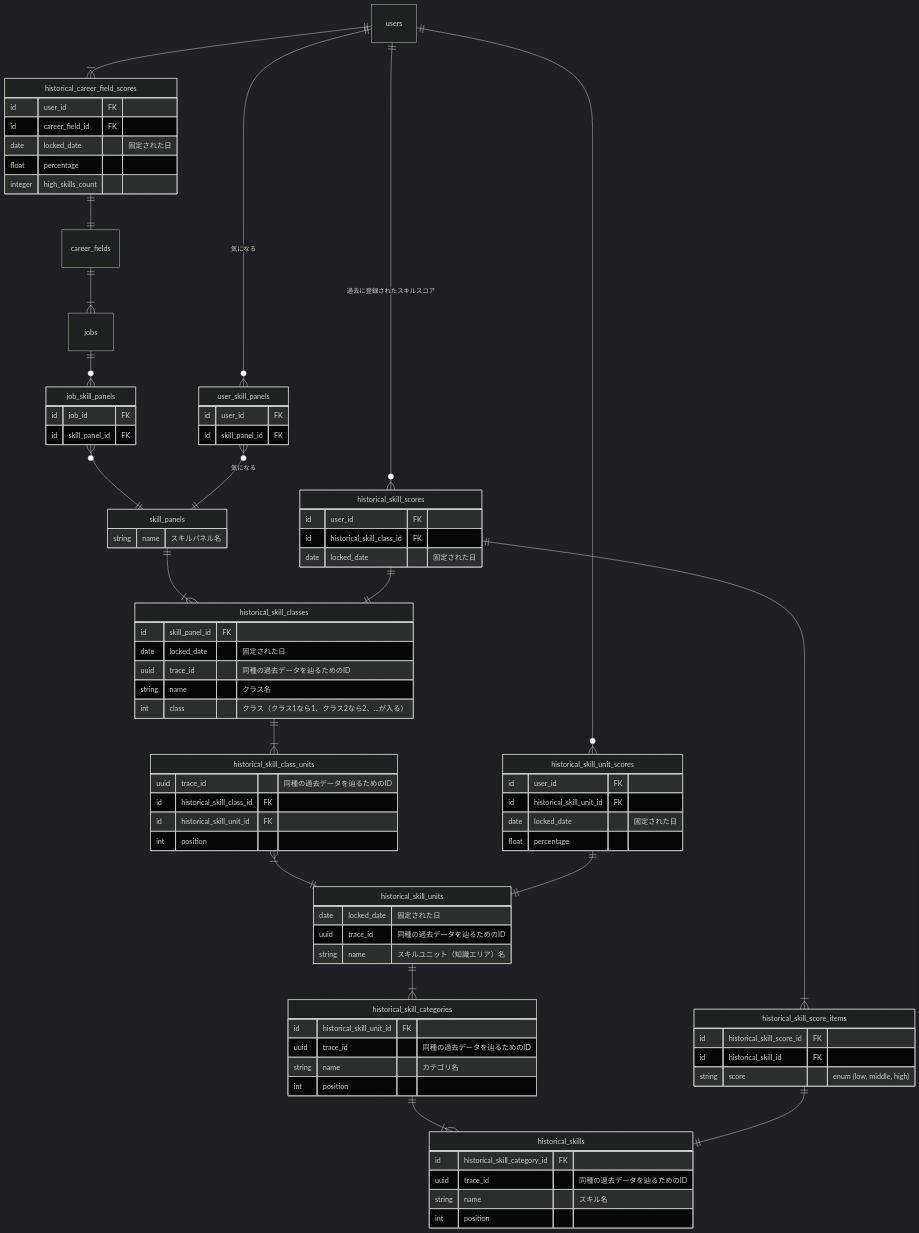
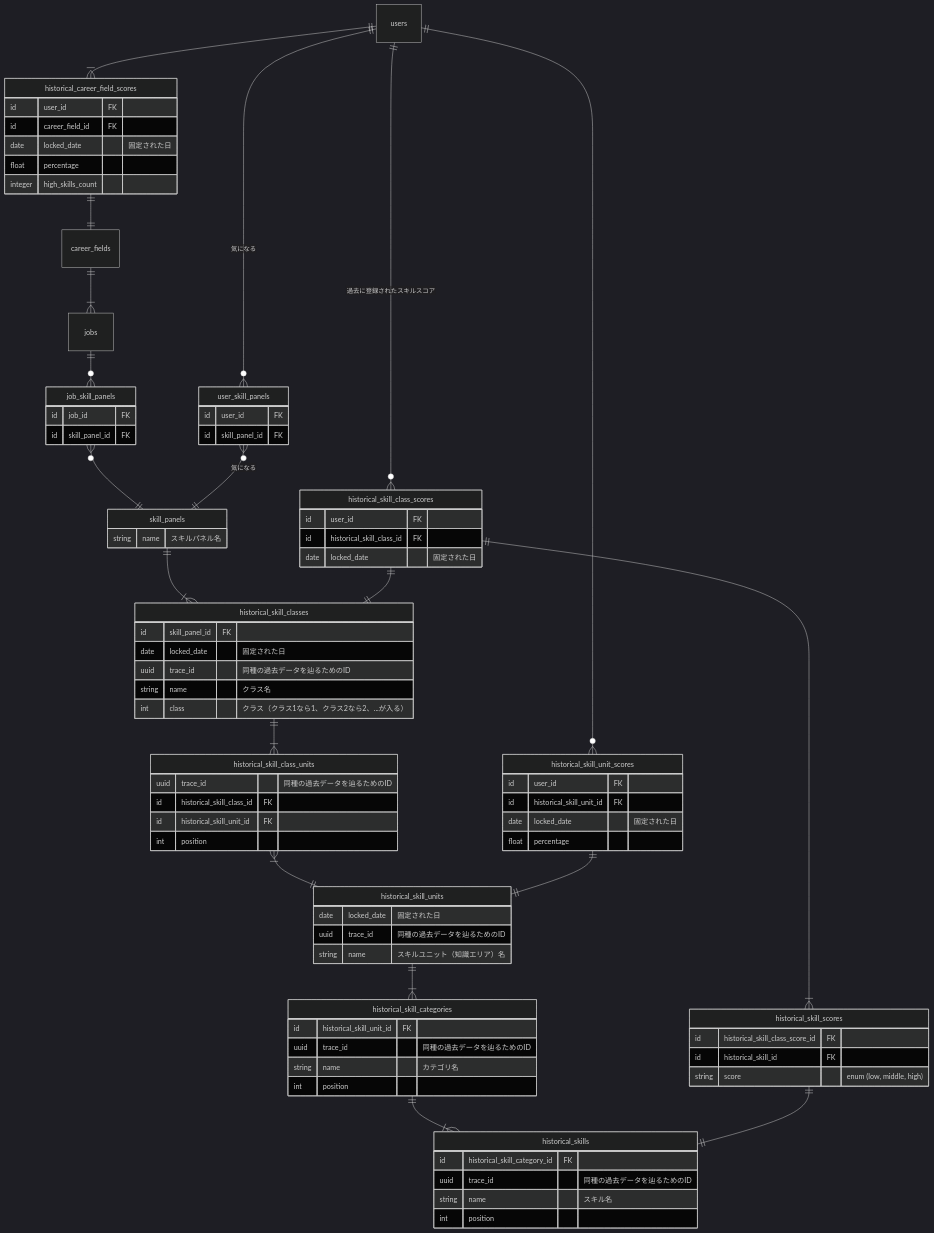
The third of 3 diagrams in docs/logics/update_skill_panels.md (bright-org/bright), drawn with Mermaid (dark theme) before and after one commit. The commit also changed other lines of this file and 17 other files, not shown here.

```diff
--- a/docs/logics/update_skill_panels.md
+++ b/docs/logics/update_skill_panels.md
@@ -199,10 +199,10 @@
   job_skill_panels }o--|| skill_panels : ""
   users ||--o{ user_skill_panels : "気になる"
   user_skill_panels }o--|| skill_panels : "気になる"
-  users ||--o{ historical_skill_scores : "過去に登録されたスキルスコア"
-  historical_skill_scores ||--|| historical_skill_classes : ""
-  historical_skill_scores ||--|{ historical_skill_score_items : ""
-  historical_skill_score_items ||--|| historical_skills : ""
+  users ||--o{ historical_skill_class_scores : "過去に登録されたスキルスコア"
+  historical_skill_class_scores ||--|| historical_skill_classes : ""
+  historical_skill_class_scores ||--|{ historical_skill_scores : ""
+  historical_skill_scores ||--|| historical_skills : ""
   users ||--|{ historical_career_field_scores : ""
   historical_career_field_scores ||--|| career_fields : ""
   users ||--o{ historical_skill_unit_scores : ""
@@ -257,7 +257,7 @@
     id skill_panel_id FK
   }
 
-  historical_skill_scores {
+  historical_skill_class_scores {
     id user_id FK
     id historical_skill_class_id FK
     date locked_date "固定された日"
@@ -270,8 +270,8 @@
     float percentage
   }
 
-  historical_skill_score_items {
-    id historical_skill_score_id FK
+  historical_skill_scores {
+    id historical_skill_class_score_id FK
     id historical_skill_id FK
     string score "enum (low, middle, high)"
   }
```
